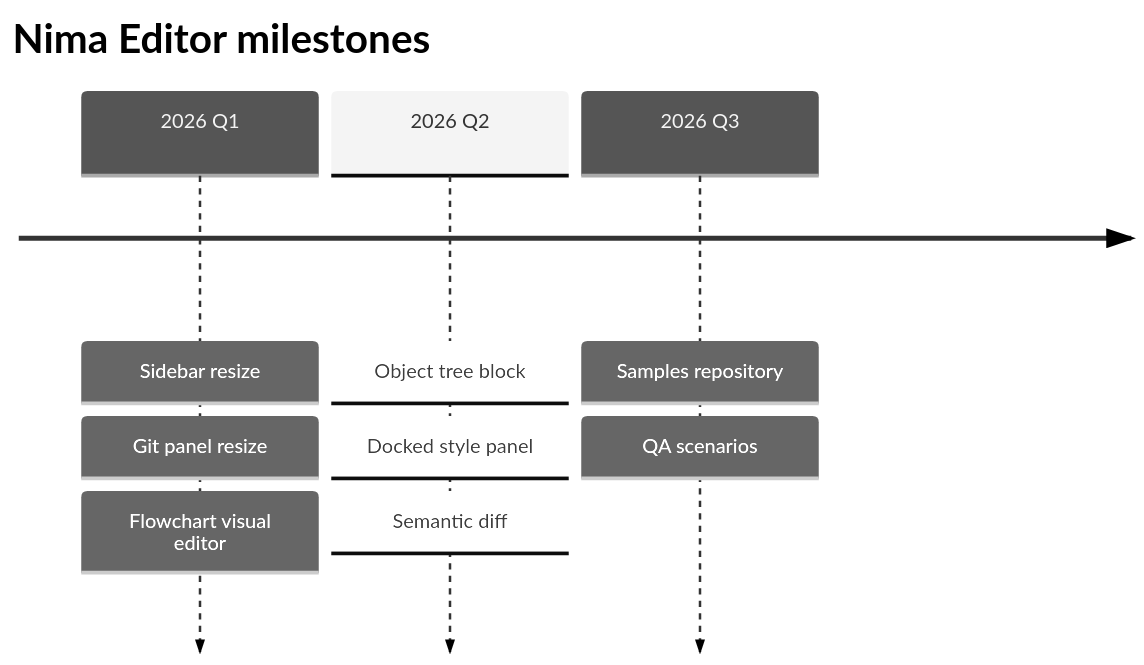
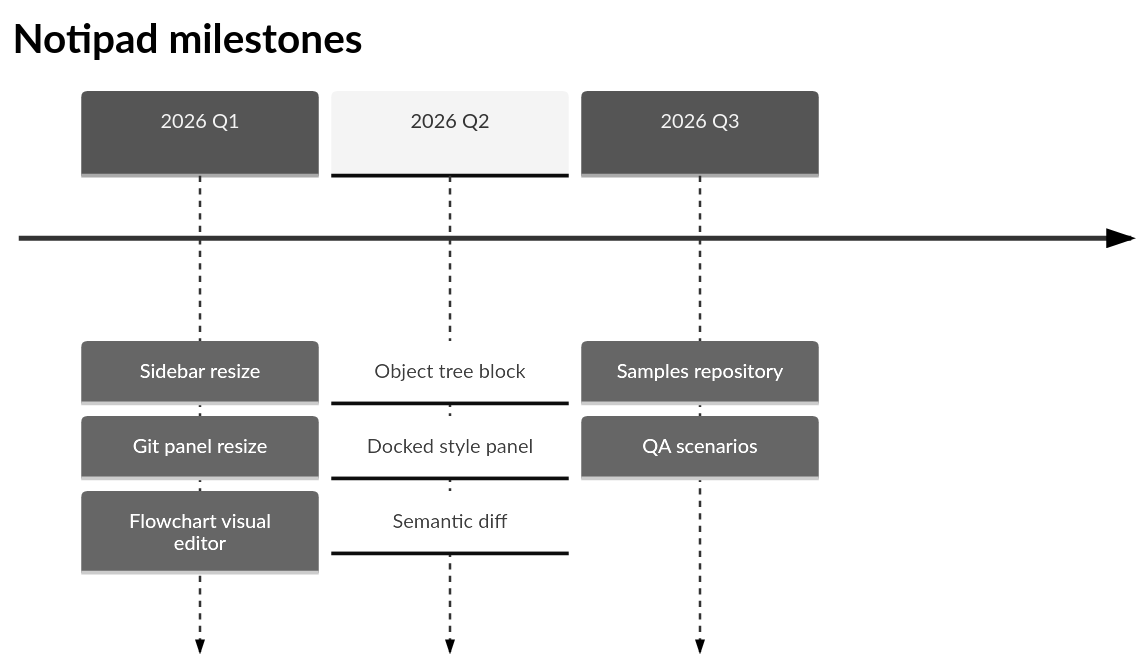
Before and after one commit to NikkiAsteinza/nima-editor-samples: the diagram in mermaid/11-timeline.md, drawn with Mermaid (neutral theme). The commit also changed 8 other files, not shown here.

````diff
--- a/mermaid/11-timeline.md
+++ b/mermaid/11-timeline.md
@@ -5,12 +5,12 @@
 ```mermaid
 timeline
-    title Nima Editor milestones
+    title Notipad milestones
     2026 Q1 : Sidebar resize
             : Git panel resize
             : Flowchart visual editor
     2026 Q2 : Object tree block
             : Docked style panel
             : Semantic diff
     2026 Q3 : Samples repository
             : QA scenarios
 ```
````
